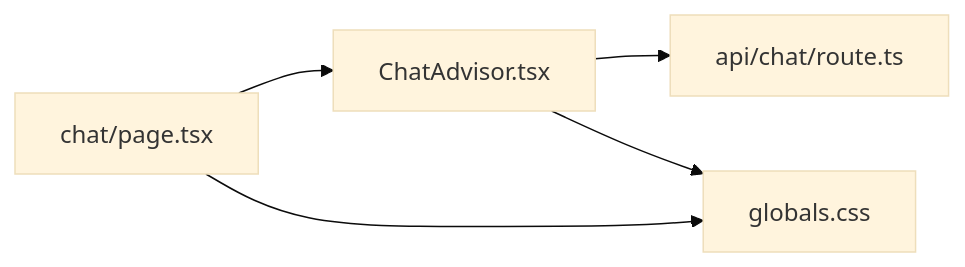
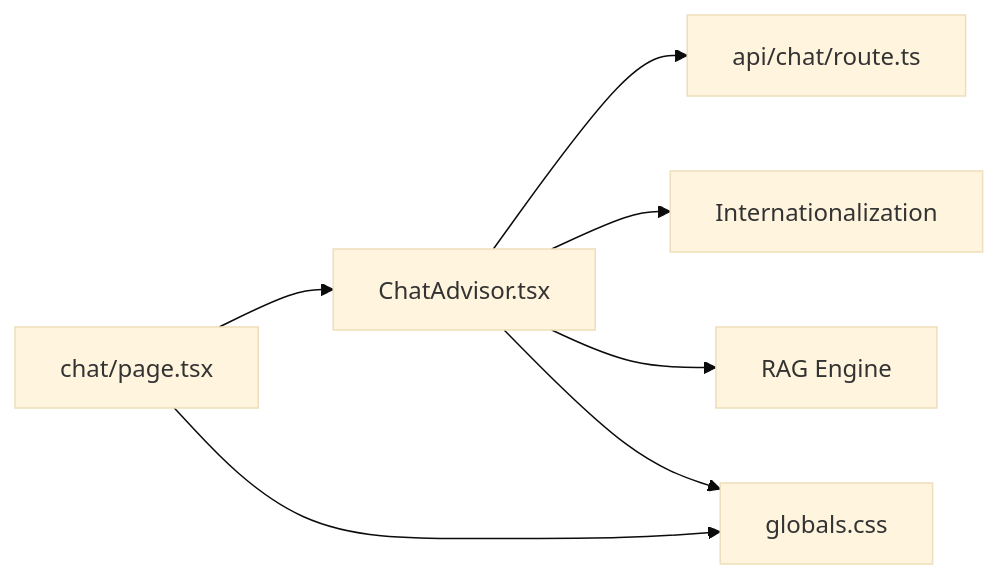
One commit to alibaba-hackathon-fsi/frontend-vaya changed the fourth of 4 diagrams in .qoder/repowiki/en/content/Chat Interface/Chat UI Components.md. Above: the diagram before and after it, drawn with Mermaid (base theme). The commit also changed other lines of this file and 36 other files, not shown here.

````diff
--- a/.qoder/repowiki/en/content/Chat Interface/Chat UI Components.md
+++ b/.qoder/repowiki/en/content/Chat Interface/Chat UI Components.md
@@ -239,7 +274,9 @@
 ```mermaid
 graph LR
 P["chat/page.tsx"] --> C["ChatAdvisor.tsx"]
 C --> R["api/chat/route.ts"]
+C --> I18N["Internationalization"]
+C --> RAG["RAG Engine"]
 P --> G["globals.css"]
 C --> G
 ```
````
